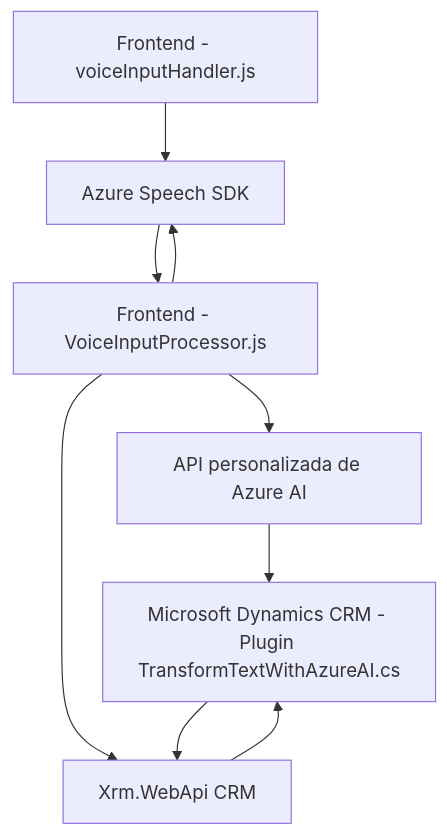
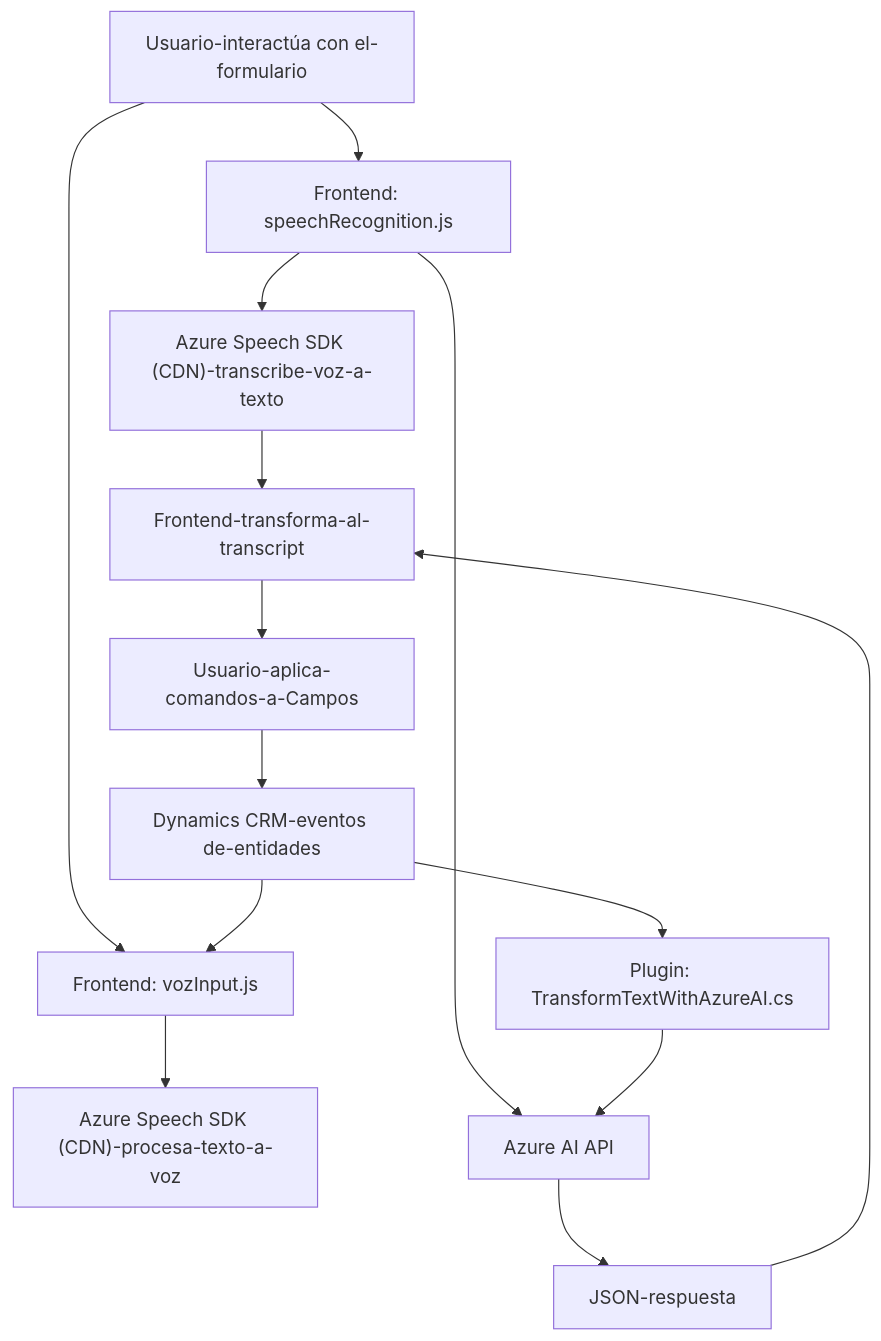
One commit to blopezdm/NETCORE_BILBAO2025 changed the diagram in README.md. Above: the diagram before and after it, drawn with Mermaid. The commit also changed other lines of this file, not shown here.

Commit message:
Actualizar análisis global de la solución con IA

````diff
--- a/README.md
+++ b/README.md
@@ -43,18 +32,16 @@
 ```mermaid
 graph TD
-    A["Frontend - voiceInputHandler.js"]
-    B["Frontend - VoiceInputProcessor.js"]
-    C["Azure Speech SDK"]
-    D["API personalizada de Azure AI"]
-    E["Microsoft Dynamics CRM - Plugin TransformTextWithAzureAI.cs"]
-    F["Xrm.WebApi CRM"]
-
-    A --> C
-    B --> C
-    B --> D
-    C --> B
-    B --> F
-    D --> E
-    E --> F
-    F --> E
+    A["Usuario-interactúa con el-formulario"] --> B["Frontend: vozInput.js"]
+    A --> C["Frontend: speechRecognition.js"]
+    B --> D["Azure Speech SDK (CDN)-procesa-texto-a-voz"]
+    C --> E["Azure Speech SDK (CDN)-transcribe-voz-a-texto"]
+    E --> F["Frontend-transforma-al-transcript"]
+    F --> G["Usuario-aplica-comandos-a-Campos"]
+    C --> H["Azure AI API"]
+    H --> I["JSON-respuesta"]
+    I --> F
+    J["Plugin: TransformTextWithAzureAI.cs"] --> H
+    K["Dynamics CRM-eventos de-entidades"] --> J
+    G --> K
+    K --> B
 ```
````
